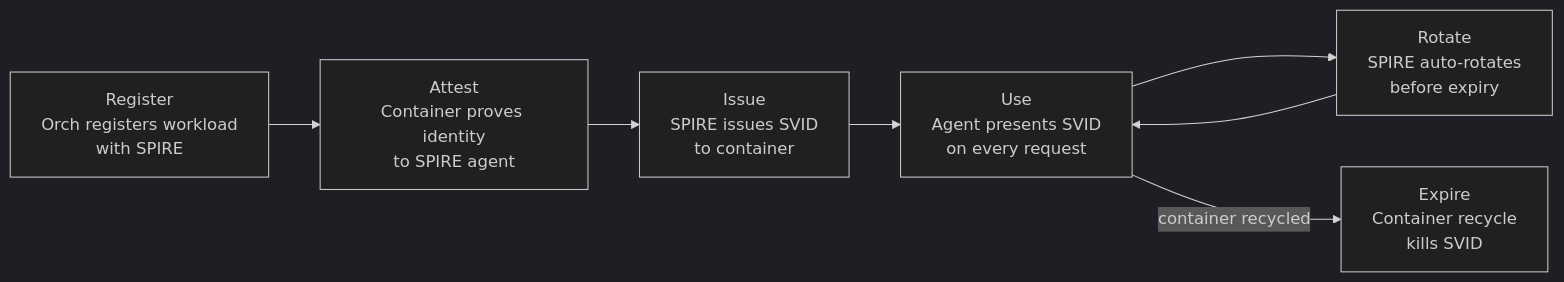
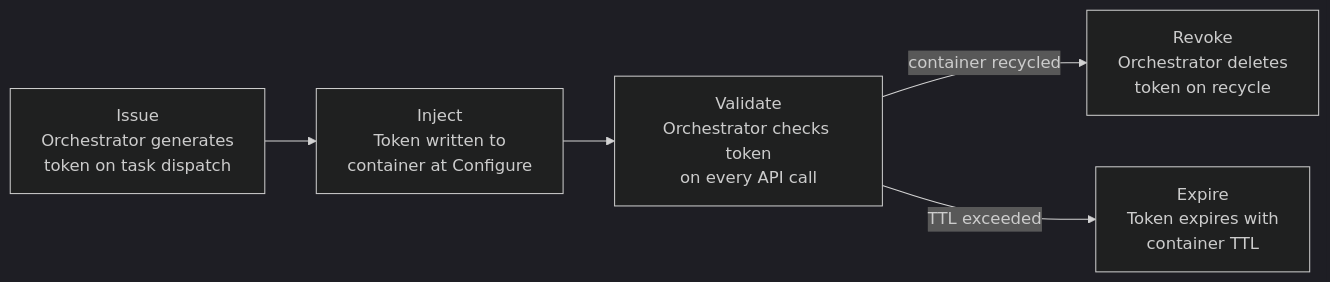
Before and after one commit to neverprepared/ink-bunny: the fourth of 6 diagrams in docs/persona_agentic/PHASE_2/arch-identity-and-trust.md, drawn with Mermaid (dark theme). The commit also changed other lines of this file and 17 other files, not shown here.

First line of the commit message:
docs: move agent identity (container tokens) from Phase 1 to Phase 2, push SPIRE to Phase 3

````diff
--- a/docs/persona_agentic/PHASE_2/arch-identity-and-trust.md
+++ b/docs/persona_agentic/PHASE_2/arch-identity-and-trust.md
@@ -159,13 +116,12 @@
 ```mermaid
 graph LR
-    Register[Register<br/>Orch registers workload<br/>with SPIRE]
-    Attest[Attest<br/>Container proves identity<br/>to SPIRE agent]
-    Issue[Issue<br/>SPIRE issues SVID<br/>to container]
-    Use[Use<br/>Agent presents SVID<br/>on every request]
-    Rotate[Rotate<br/>SPIRE auto-rotates<br/>before expiry]
-    Expire[Expire<br/>Container recycle<br/>kills SVID]
+    Issue[Issue<br/>Orchestrator generates<br/>token on task dispatch]
+    Inject[Inject<br/>Token written to<br/>container at Configure]
+    Validate[Validate<br/>Orchestrator checks token<br/>on every API call]
+    Expire[Expire<br/>Token expires with<br/>container TTL]
+    Revoke[Revoke<br/>Orchestrator deletes<br/>token on recycle]
 
-    Register --> Attest --> Issue --> Use
-    Use --> Rotate --> Use
-    Use -->|"container recycled"| Expire
+    Issue --> Inject --> Validate
+    Validate -->|"container recycled"| Revoke
+    Validate -->|"TTL exceeded"| Expire
 ```
````
